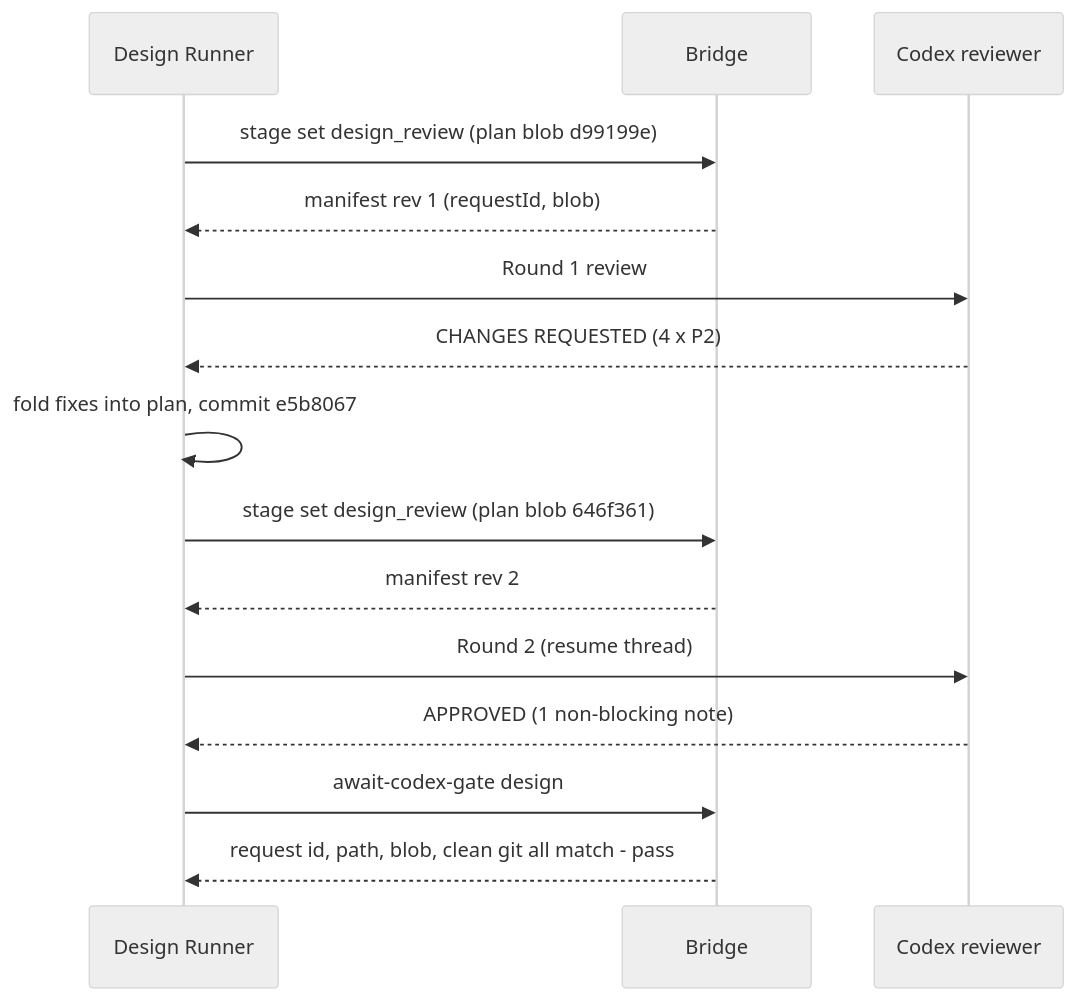
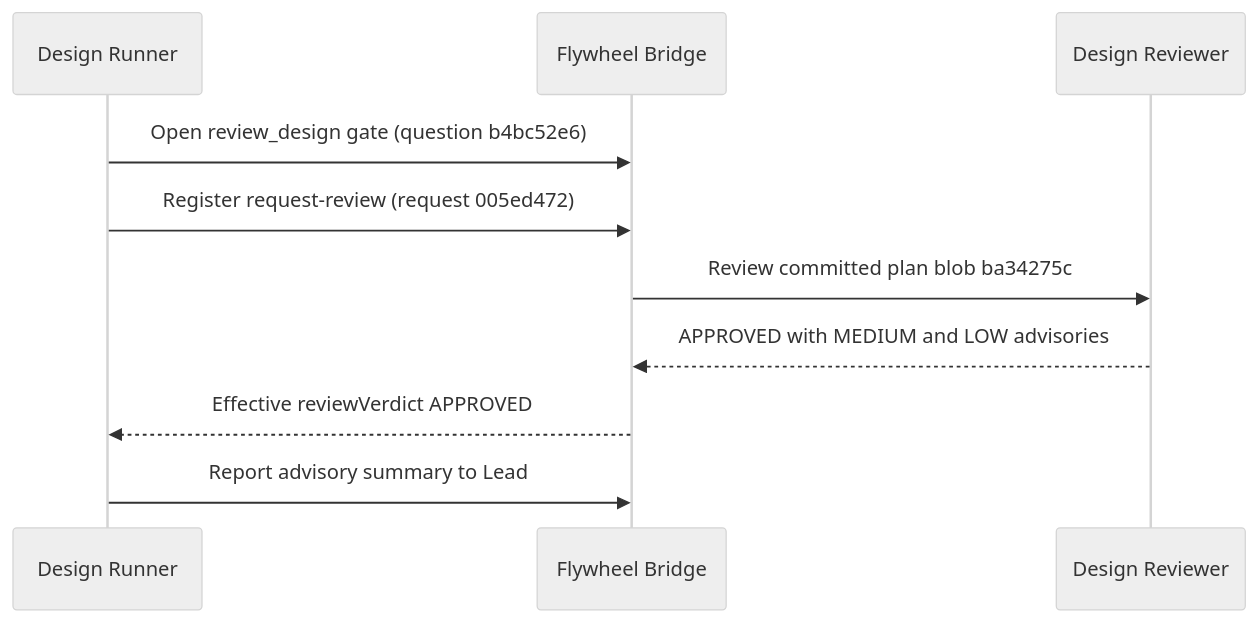
One commit to xrliAnnie/flywheel-qa-sandbox changed the diagram in engineering/doc/FLY-202-sandbox-notes-e2e/FLY-202-d3-review.mmd. Above: the diagram before and after it, drawn with Mermaid (neutral theme). The commit also changed 7 other files, not shown here.

Commit message:
docs(FLY-202): refresh founder design report

```diff
--- a/engineering/doc/FLY-202-sandbox-notes-e2e/FLY-202-d3-review.mmd
+++ b/engineering/doc/FLY-202-sandbox-notes-e2e/FLY-202-d3-review.mmd
@@ -1,15 +1,10 @@
 sequenceDiagram
-  participant R as Design Runner
-  participant B as Bridge
-  participant C as Codex reviewer
-  R->>B: stage set design_review (plan blob d99199e)
-  B-->>R: manifest rev 1 (requestId, blob)
-  R->>C: Round 1 review
-  C-->>R: CHANGES REQUESTED (4 x P2)
-  R->>R: fold fixes into plan, commit e5b8067
-  R->>B: stage set design_review (plan blob 646f361)
-  B-->>R: manifest rev 2
-  R->>C: Round 2 (resume thread)
-  C-->>R: APPROVED (1 non-blocking note)
-  R->>B: await-codex-gate design
-  B-->>R: request id, path, blob, clean git all match - pass
+  participant D as Design Runner
+  participant B as Flywheel Bridge
+  participant R as Design Reviewer
+  D->>B: Open review_design gate (question b4bc52e6)
+  D->>B: Register request-review (request 005ed472)
+  B->>R: Review committed plan blob ba34275c
+  R-->>B: APPROVED with MEDIUM and LOW advisories
+  B-->>D: Effective reviewVerdict APPROVED
+  D->>B: Report advisory summary to Lead
```
